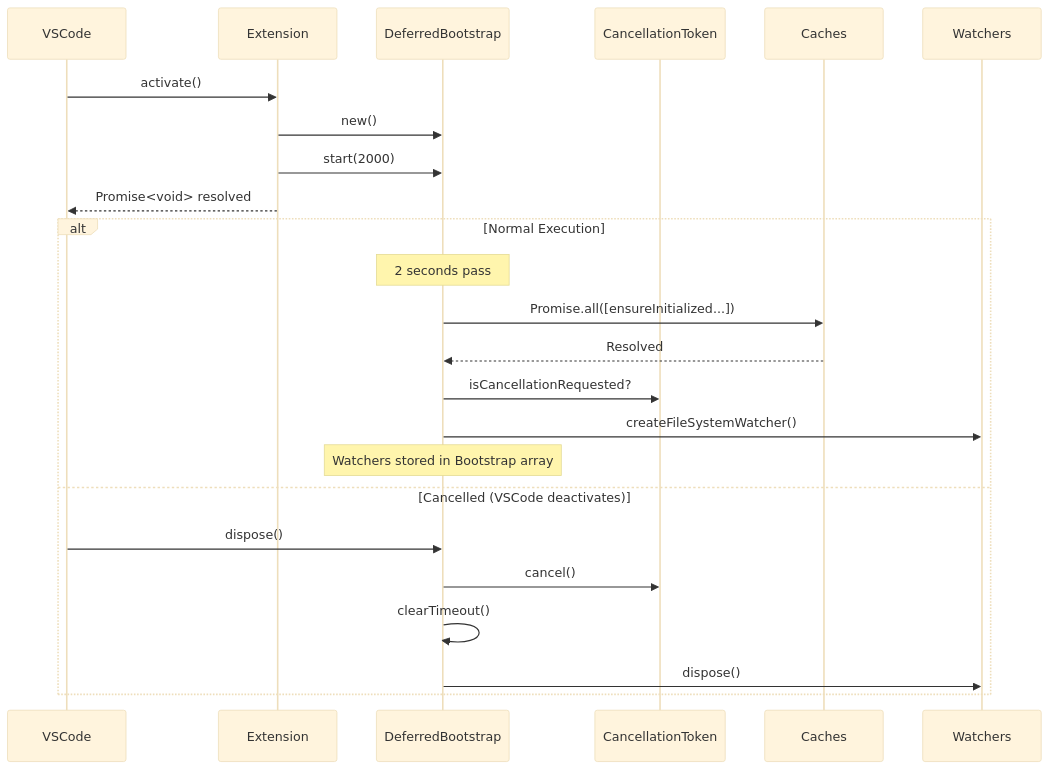
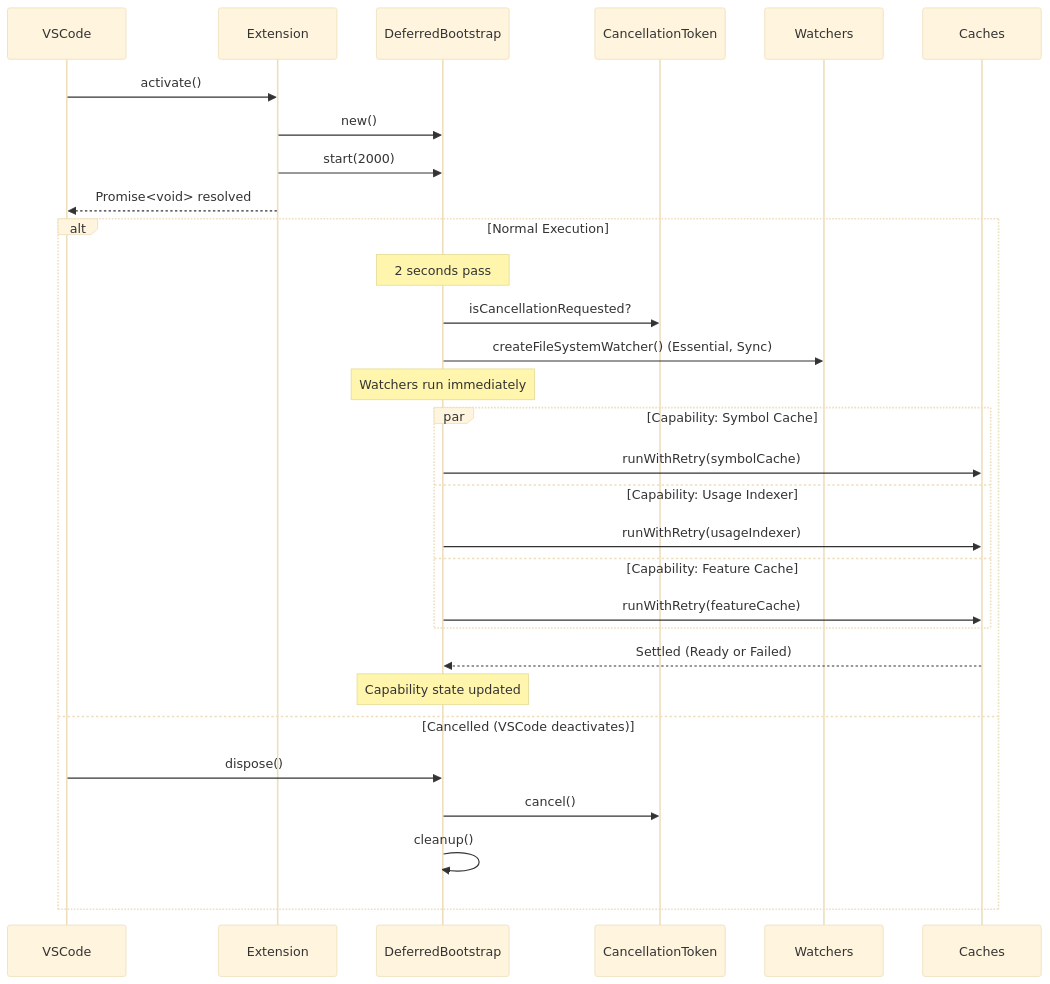
The diagram in docs/architecture.md (carlos-camara/vscode-gherkin-beautifier), drawn with Mermaid (base theme) before and after one commit. The commit also changed other lines of this file and 95 other files, not shown here.

````diff
--- a/docs/architecture.md
+++ b/docs/architecture.md
@@ -100,28 +107,37 @@
 ```mermaid
 sequenceDiagram
     participant VSCode
     participant Extension
     participant DeferredBootstrap
     participant CancellationToken
+    participant Watchers
     participant Caches
-    participant Watchers
-    
+
     VSCode->>Extension: activate()
     Extension->>DeferredBootstrap: new()
     Extension->>DeferredBootstrap: start(2000)
     Extension-->>VSCode: Promise<void> resolved
-    
+
     alt Normal Execution
         Note over DeferredBootstrap: 2 seconds pass
-        DeferredBootstrap->>Caches: Promise.all([ensureInitialized...])
-        Caches-->>DeferredBootstrap: Resolved
         DeferredBootstrap->>CancellationToken: isCancellationRequested?
-        DeferredBootstrap->>Watchers: createFileSystemWatcher()
-        Note over DeferredBootstrap: Watchers stored in Bootstrap array
+        DeferredBootstrap->>Watchers: createFileSystemWatcher() (Essential, Sync)
+        Note over DeferredBootstrap: Watchers run immediately
+
+        par Capability: Symbol Cache
+            DeferredBootstrap->>Caches: runWithRetry(symbolCache)
+        and Capability: Usage Indexer
+            DeferredBootstrap->>Caches: runWithRetry(usageIndexer)
+        and Capability: Feature Cache
+            DeferredBootstrap->>Caches: runWithRetry(featureCache)
+        end
+
+        Caches-->>DeferredBootstrap: Settled (Ready or Failed)
+        Note over DeferredBootstrap: Capability state updated
+
     else Cancelled (VSCode deactivates)
         VSCode->>DeferredBootstrap: dispose()
         DeferredBootstrap->>CancellationToken: cancel()
-        DeferredBootstrap->>DeferredBootstrap: clearTimeout()
-        DeferredBootstrap->>Watchers: dispose()
+        DeferredBootstrap->>DeferredBootstrap: cleanup()
     end
 ```
````
